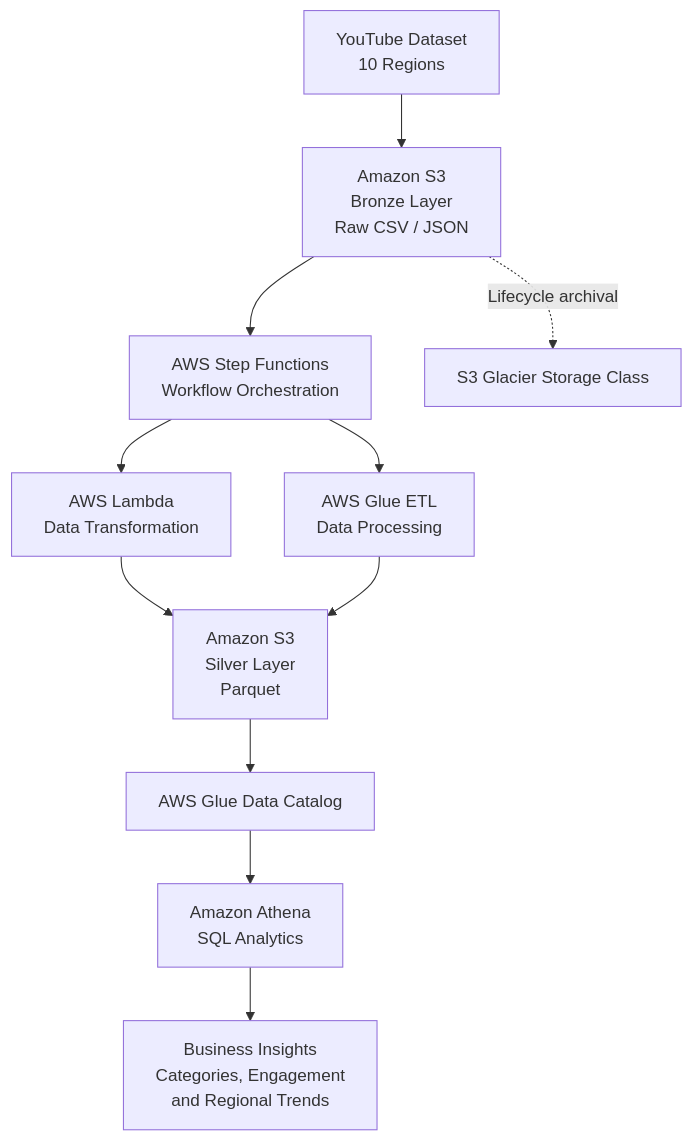
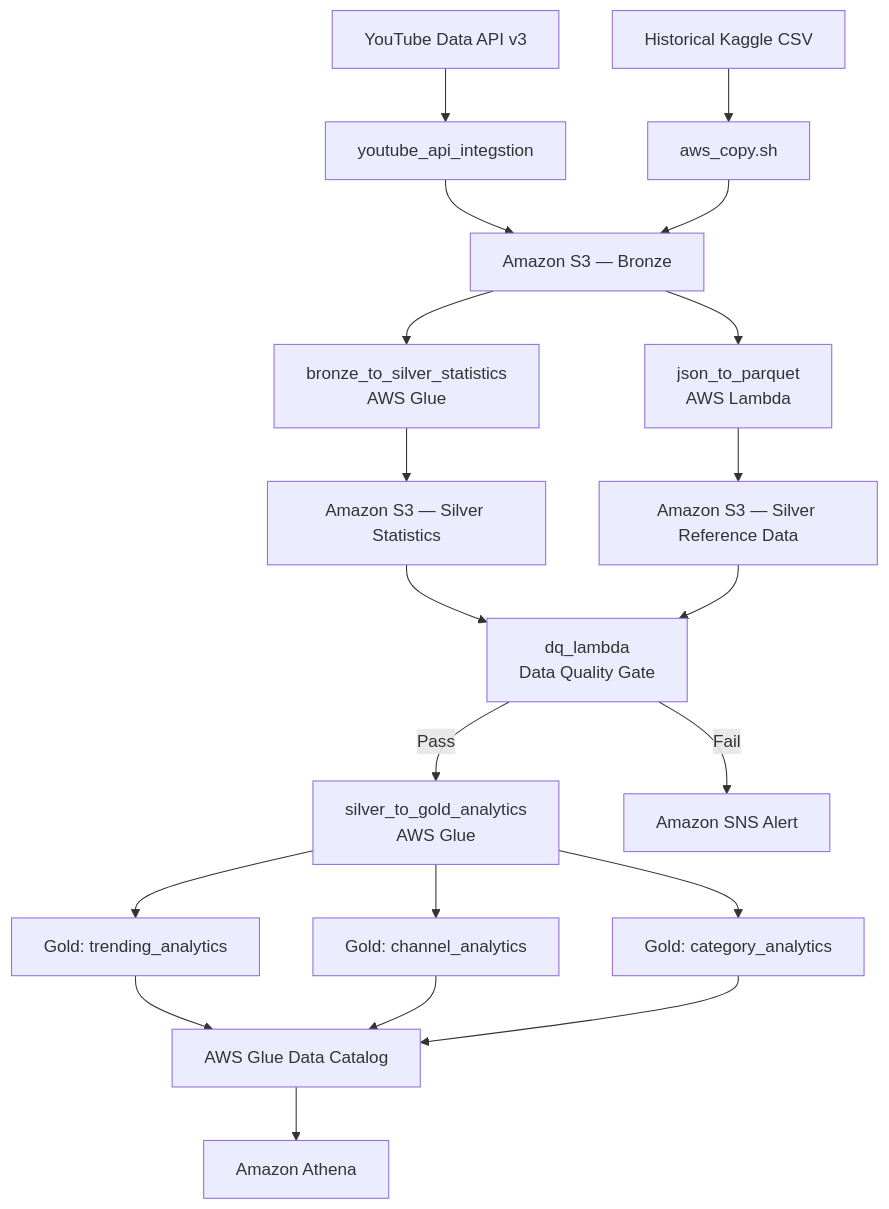
The diagram in README.md (sdaregave19/YT-Velocity), drawn with Mermaid before and after one commit. The commit also changed other lines of this file, not shown here.

````diff
--- a/README.md
+++ b/README.md
@@ -37,13 +5,22 @@
 ```mermaid
 flowchart TD
-    A["YouTube Dataset<br/>10 Regions"] --> B["Amazon S3<br/>Bronze Layer<br/>Raw CSV / JSON"]
-    B --> C["AWS Step Functions<br/>Workflow Orchestration"]
-    C --> D["AWS Lambda<br/>Data Transformation"]
-    C --> E["AWS Glue ETL<br/>Data Processing"]
-    D --> F["Amazon S3<br/>Silver Layer<br/>Parquet"]
-    E --> F
-    F --> G["AWS Glue Data Catalog"]
-    G --> H["Amazon Athena<br/>SQL Analytics"]
-    H --> I["Business Insights<br/>Categories, Engagement<br/>and Regional Trends"]
-    B -. "Lifecycle archival" .-> J["S3 Glacier Storage Class"]
+    A["YouTube Data API v3"] --> B["youtube_api_integstion"]
+    C["Historical Kaggle CSV"] --> D["aws_copy.sh"]
+    B --> E["Amazon S3 — Bronze"]
+    D --> E
+    E --> F["bronze_to_silver_statistics<br/>AWS Glue"]
+    E --> G["json_to_parquet<br/>AWS Lambda"]
+    F --> H["Amazon S3 — Silver Statistics"]
+    G --> I["Amazon S3 — Silver Reference Data"]
+    H --> J["dq_lambda<br/>Data Quality Gate"]
+    I --> J
+    J -->|Pass| K["silver_to_gold_analytics<br/>AWS Glue"]
+    J -->|Fail| L["Amazon SNS Alert"]
+    K --> M["Gold: trending_analytics"]
+    K --> N["Gold: channel_analytics"]
+    K --> O["Gold: category_analytics"]
+    M --> P["AWS Glue Data Catalog"]
+    N --> P
+    O --> P
+    P --> Q["Amazon Athena"]
 ```
````
